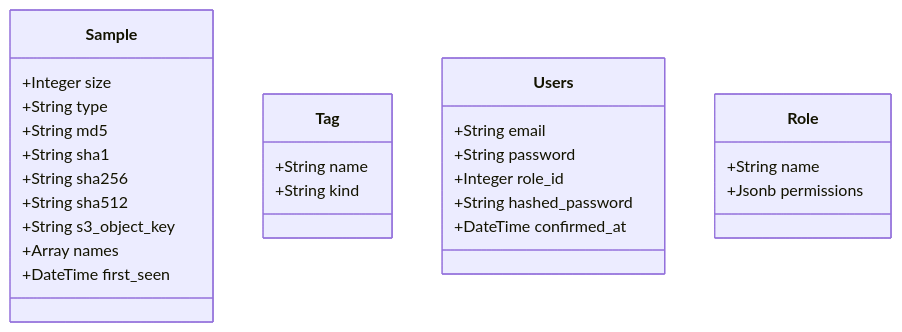
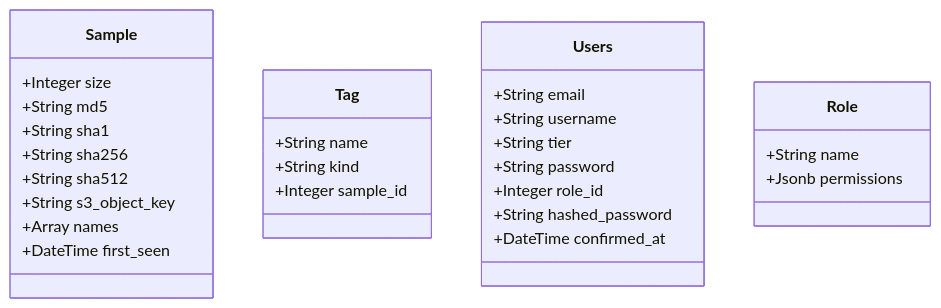
Before and after one commit to blackmassgroup/exchange: the diagram in README.md, drawn with Mermaid. The commit also changed other lines of this file and 3 other files, not shown here.

````diff
--- a/README.md
+++ b/README.md
@@ -82,29 +96,31 @@
 ```mermaid
 classDiagram
     class Sample{
       +Integer size
-      +String type
       +String md5
       +String sha1
       +String sha256
       +String sha512
       +String s3_object_key
       +Array names
       +DateTime first_seen
     }
     class Tag {
       +String name
       +String kind
+      +Integer sample_id
     }
     class Users {
      +String email
+     +String username
+     +String tier
      +String password
      +Integer role_id
      +String hashed_password
      +DateTime confirmed_at
     }
     class Role {
         +String name
         +Jsonb permissions
     }
 ```
````
